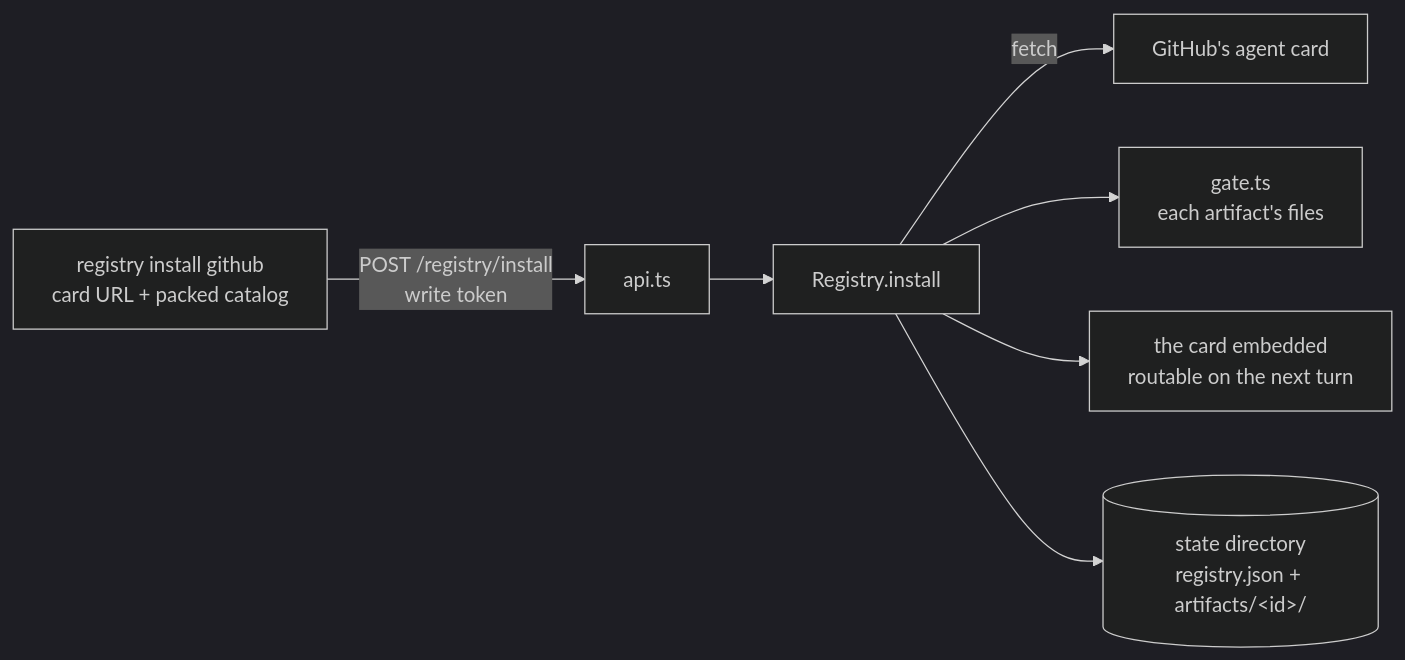
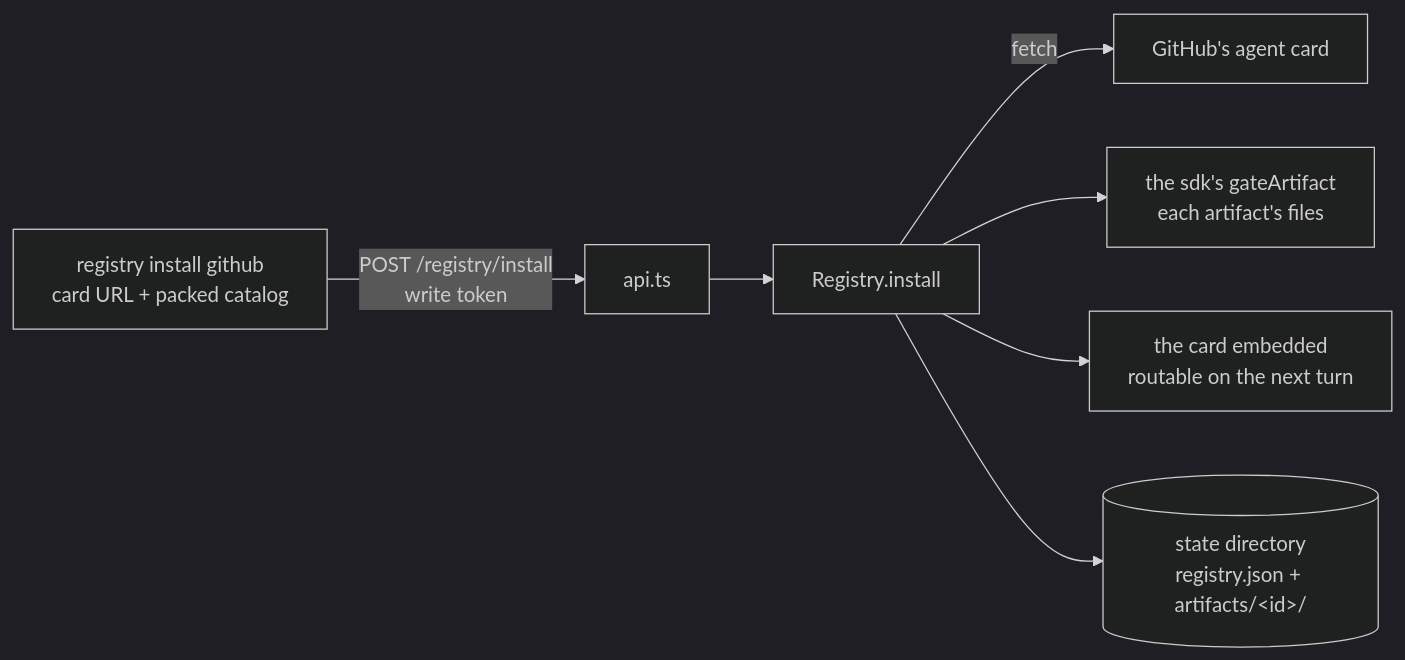
Before and after one commit to retz8/a2uiverse: the fourth of 7 diagrams in docs/design/orchestrator.md, drawn with Mermaid (dark theme). The commit also changed other lines of this file and 3 other files, not shown here.

Commit message:
docs(phase-13): 13.3 — the root README's marketplace lines, the install and orchestrator design records where the gate moved into the sdk and the corpus into the embedder, the tunnel doc's marketplace port no longer reserved

````diff
--- a/docs/design/orchestrator.md
+++ b/docs/design/orchestrator.md
@@ -232,9 +232,9 @@
 ```mermaid
 flowchart LR
     CMD["registry install github<br/>card URL + packed catalog"] -->|POST /registry/install<br/>write token| API["api.ts"]
     API --> REG["Registry.install"]
     REG -->|fetch| CARD["GitHub's agent card"]
-    REG --> GATE["gate.ts<br/>each artifact's files"]
+    REG --> GATE["the sdk's gateArtifact<br/>each artifact's files"]
     REG --> IDX["the card embedded<br/>routable on the next turn"]
     REG --> DISK[("state directory<br/>registry.json + artifacts/&lt;id&gt;/")]
 ```
````
